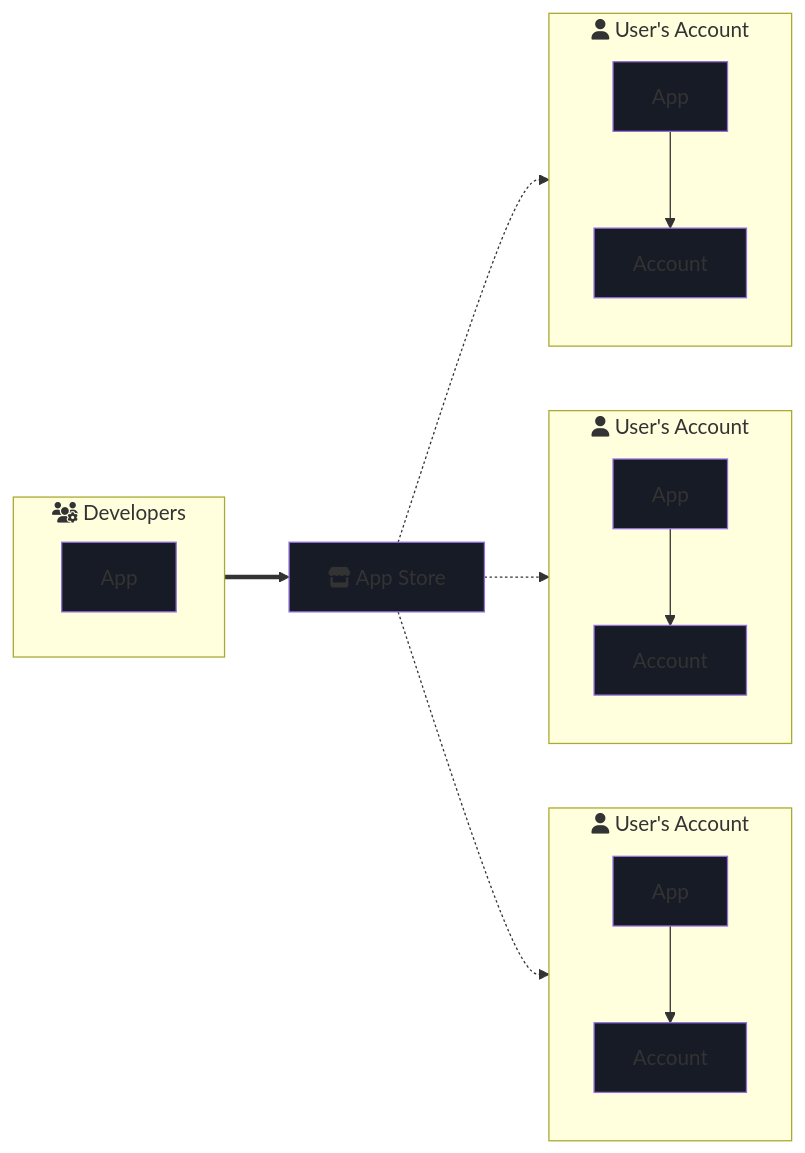
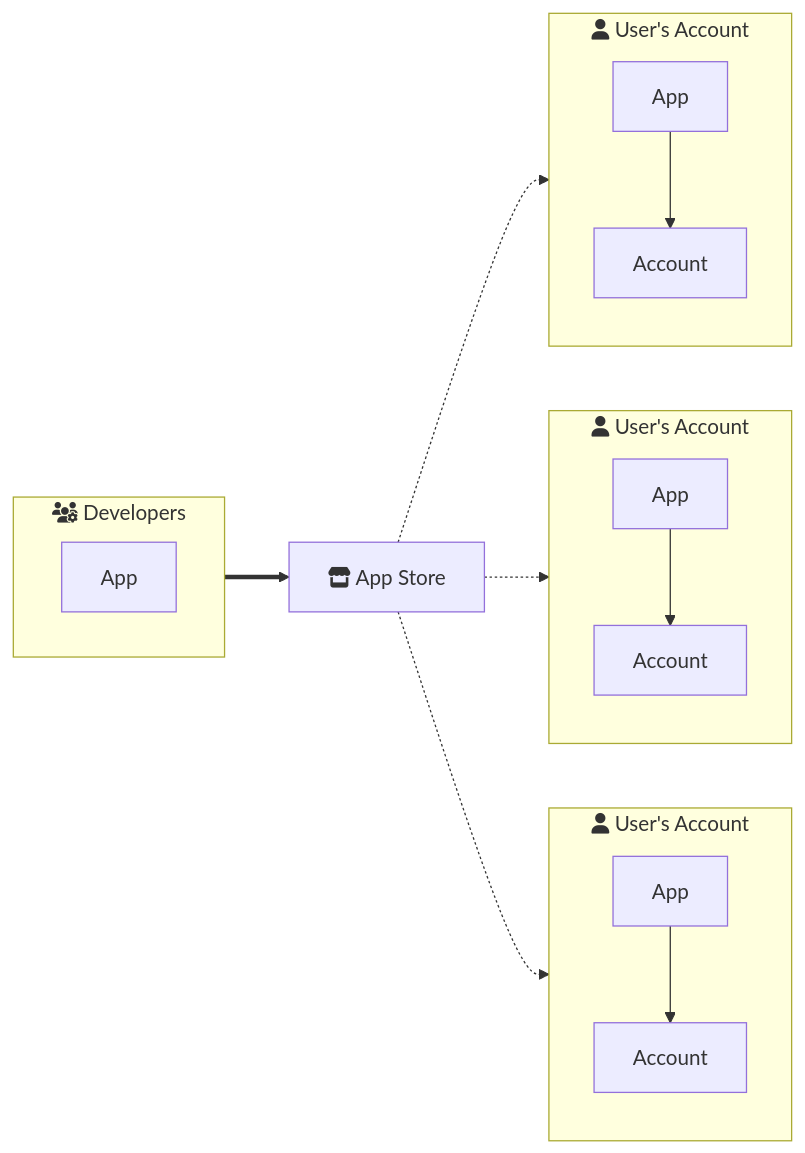
Before and after one commit to AbstractSDK/abstract: the third of 4 diagrams in framework/docs/src/2_introduction/1_design_space.md, drawn with Mermaid. The commit also changed other lines of this file and 5 other files, not shown here.

````diff
--- a/framework/docs/src/2_introduction/1_design_space.md
+++ b/framework/docs/src/2_introduction/1_design_space.md
@@ -91,38 +82,28 @@
 ```mermaid
 flowchart LR
     subgraph Developers [fas:fa-users-cog Developers]
         direction RL
         A[App]
     end
 
     subgraph Acc1 [fas:fa-user User's Account]
         direction TB
         Ap1[App] --> A1[Account]
     end
 
     subgraph Acc2 [fas:fa-user User's Account]
         direction TB
         Ap2[App] --> A2[Account]
     end
 
     subgraph Acc3 [fas:fa-user User's Account]
         direction TB
         Ap3[App] --> A3[Account]
     end
 
     Store -.-> Ap1
     Store -.-> Ap2
     Store -.-> Ap3
 
     A ==> Store[fa:fa-store App Store]
-
-    style A fill: #161b25
-    style Store fill: #161b25
-    style Ap1 fill: #161b25
-    style Ap2 fill: #161b25
-    style Ap3 fill: #161b25
-    style A1 fill: #161b25
-    style A2 fill: #161b25
-    style A3 fill: #161b25
-
 ```
````
